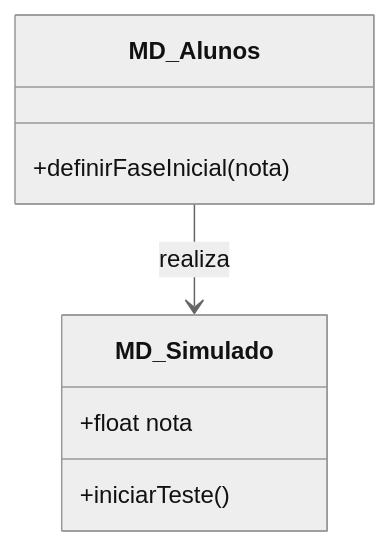
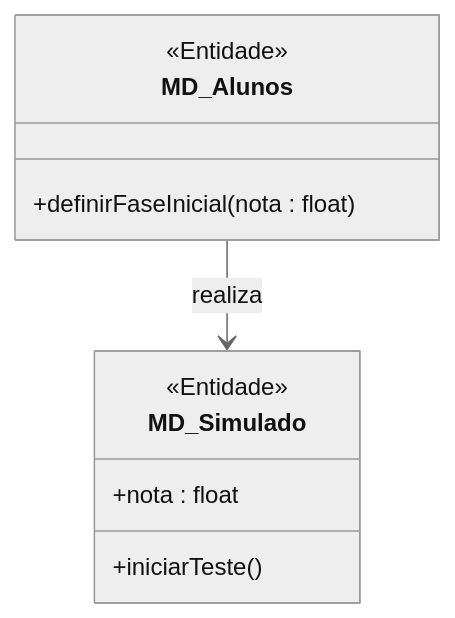
The first of 2 diagrams in PIM_III/02_Modelagem_UML_Astah/UC03_Realizar_Teste_Nivelamento/README.md (MayconDIS/PIM_III-Documentacao_UML), drawn with Mermaid (neutral theme) before and after one commit. The commit also changed other lines of this file and 17 other files, not shown here.

````diff
--- a/PIM_III/02_Modelagem_UML_Astah/UC03_Realizar_Teste_Nivelamento/README.md
+++ b/PIM_III/02_Modelagem_UML_Astah/UC03_Realizar_Teste_Nivelamento/README.md
@@ -32,11 +31,13 @@
 ```mermaid
 classDiagram
     class MD_Alunos {
-        +definirFaseInicial(nota)
+        <<Entidade>>
+        +definirFaseInicial(nota : float)
     }
     class MD_Simulado {
-        +float nota
+        <<Entidade>>
+        +nota : float
         +iniciarTeste()
     }
     MD_Alunos --> MD_Simulado : realiza
 ```
````
